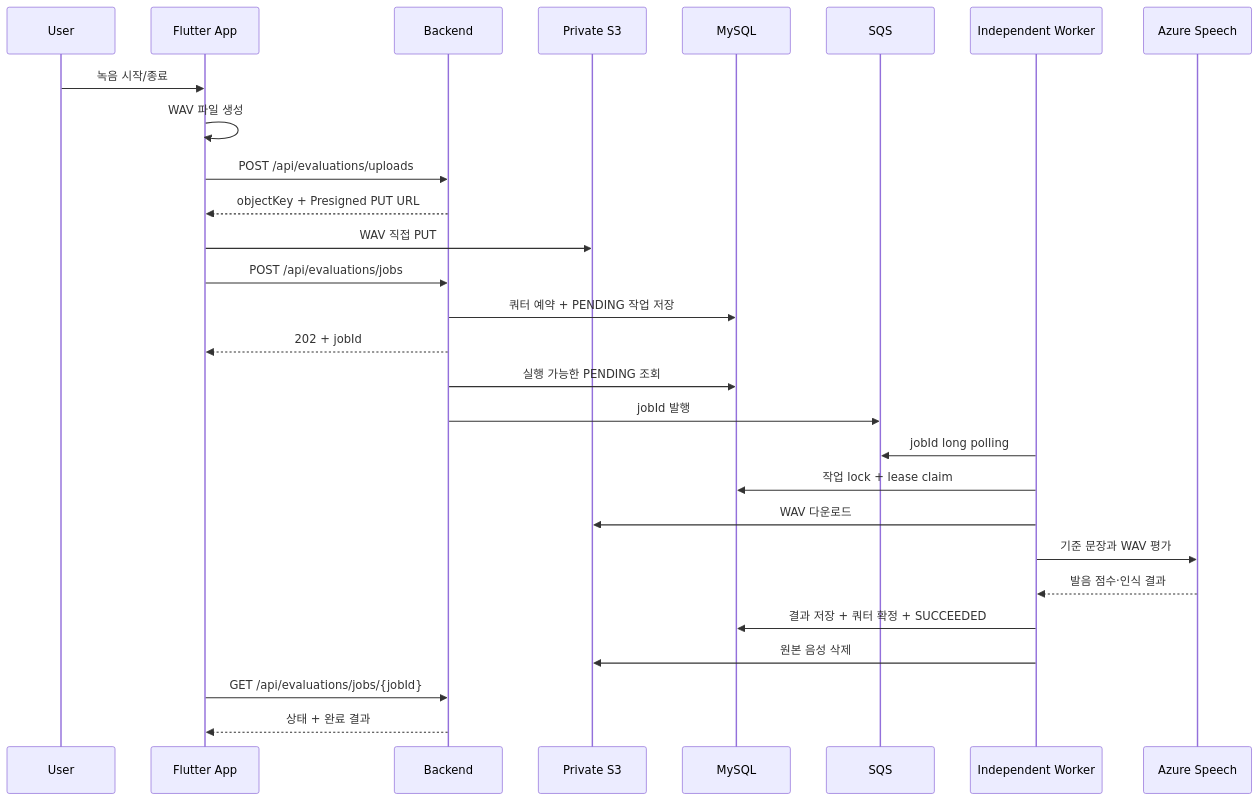
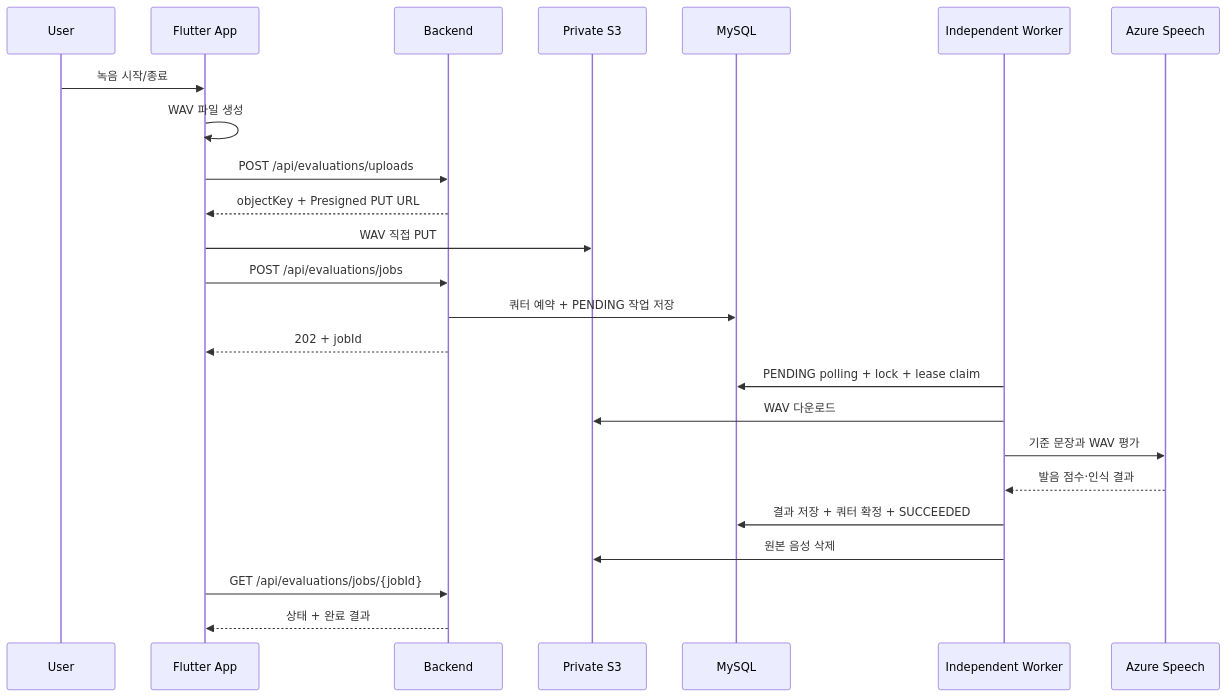
The second of 2 diagrams in docs/architecture/evaluation-flow.md (byeok99/LingKo), drawn with Mermaid before and after one commit. The commit also changed other lines of this file and 54 other files, not shown here.

````diff
--- a/docs/architecture/evaluation-flow.md
+++ b/docs/architecture/evaluation-flow.md
@@ -27,31 +27,27 @@
 ```mermaid
 sequenceDiagram
     participant U as User
     participant A as Flutter App
     participant B as Backend
     participant S as Private S3
     participant D as MySQL
-    participant Q as SQS
     participant W as Independent Worker
     participant Z as Azure Speech
 
     U->>A: 녹음 시작/종료
     A->>A: WAV 파일 생성
     A->>B: POST /api/evaluations/uploads
     B-->>A: objectKey + Presigned PUT URL
     A->>S: WAV 직접 PUT
     A->>B: POST /api/evaluations/jobs
     B->>D: 쿼터 예약 + PENDING 작업 저장
     B-->>A: 202 + jobId
-    B->>D: 실행 가능한 PENDING 조회
-    B->>Q: jobId 발행
-    W->>Q: jobId long polling
-    W->>D: 작업 lock + lease claim
+    W->>D: PENDING polling + lock + lease claim
     W->>S: WAV 다운로드
     W->>Z: 기준 문장과 WAV 평가
     Z-->>W: 발음 점수·인식 결과
     W->>D: 결과 저장 + 쿼터 확정 + SUCCEEDED
     W->>S: 원본 음성 삭제
     A->>B: GET /api/evaluations/jobs/{jobId}
     B-->>A: 상태 + 완료 결과
 ```
````
